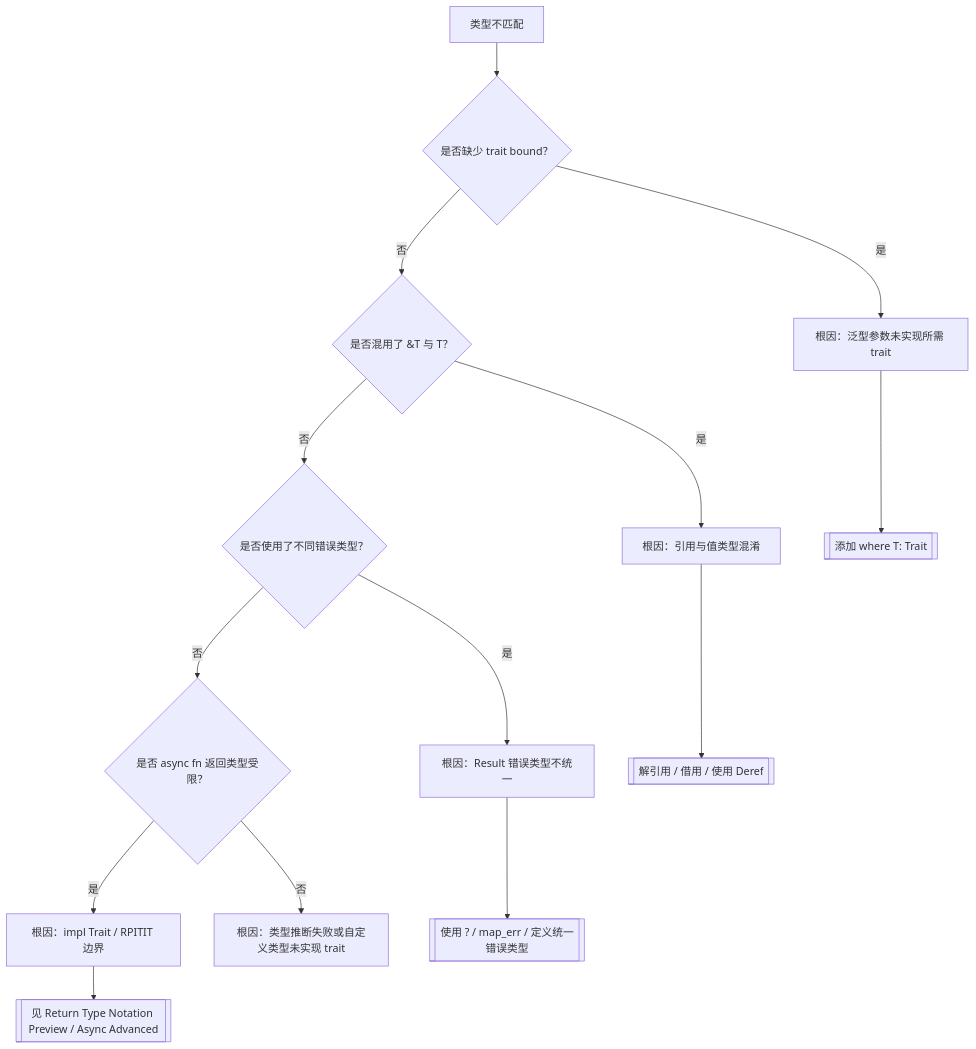
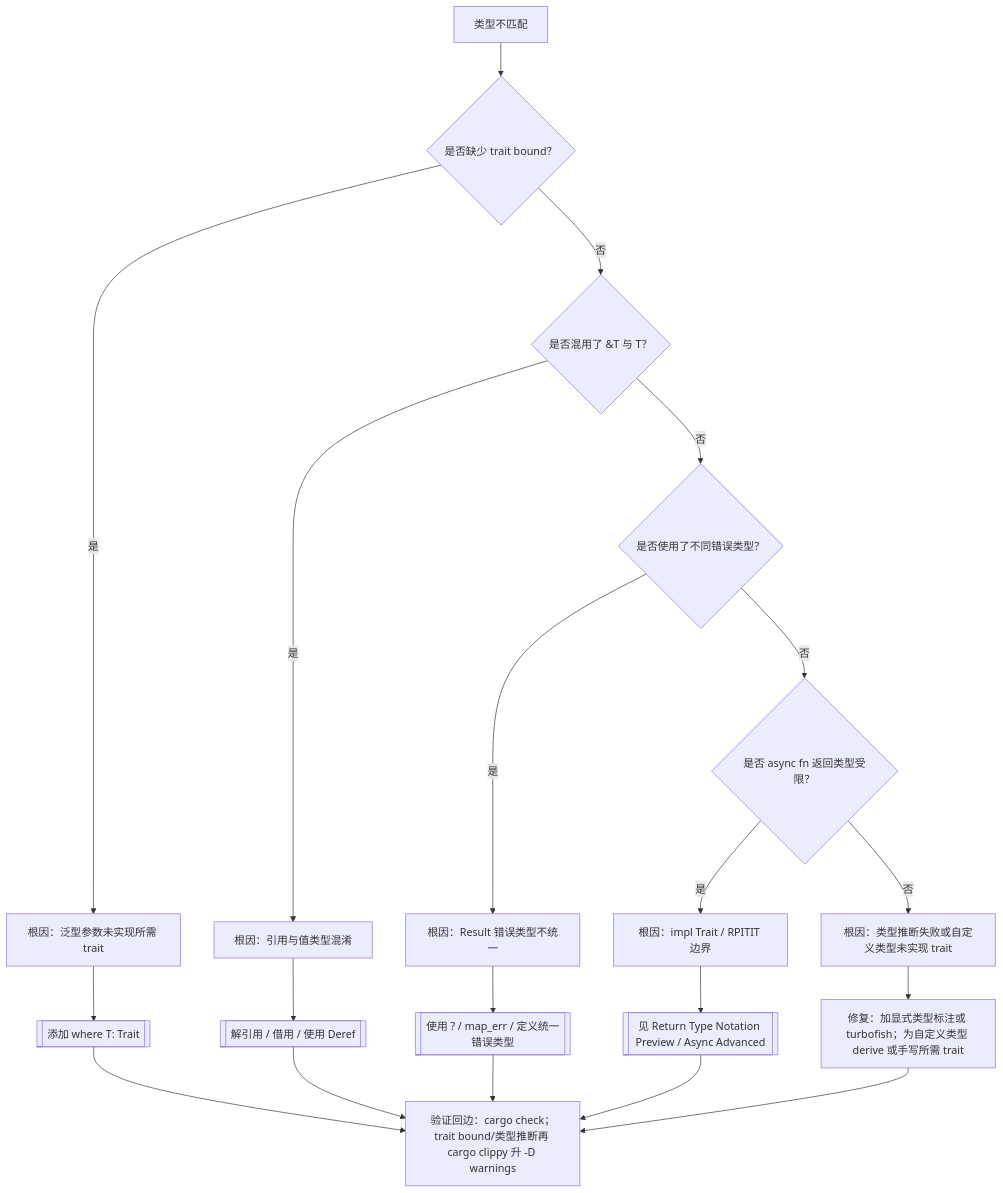
The third of 6 diagrams in concept/00_meta/knowledge_topology/09_reasoning_judgment_tree_atlas.md (martin-ly/rust-lang), drawn with Mermaid before and after one commit. The commit also changed other lines of this file and 100 other files, not shown here.

````diff
--- a/concept/00_meta/knowledge_topology/09_reasoning_judgment_tree_atlas.md
+++ b/concept/00_meta/knowledge_topology/09_reasoning_judgment_tree_atlas.md
@@ -70,16 +80,22 @@
 ```mermaid
 flowchart TD
     T[类型不匹配] --> Q1{是否缺少 trait bound？}
     Q1 -->|是| R1[根因：泛型参数未实现所需 trait]
     Q1 -->|否| Q2{是否混用了 &T 与 T？}
     Q2 -->|是| R2[根因：引用与值类型混淆]
     Q2 -->|否| Q3{是否使用了不同错误类型？}
     Q3 -->|是| R3[根因：Result 错误类型不统一]
     Q3 -->|否| Q4{是否 async fn 返回类型受限？}
     Q4 -->|是| R4[根因：impl Trait / RPITIT 边界]
     Q4 -->|否| R5[根因：类型推断失败或自定义类型未实现 trait]
     R1 --> F1[[添加 where T: Trait]]
     R2 --> F2[[解引用 / 借用 / 使用 Deref]]
     R3 --> F3[[使用 ? / map_err / 定义统一错误类型]]
     R4 --> F4[[见 Return Type Notation Preview / Async Advanced]]
+    R5 --> F5[修复：加显式类型标注或 turbofish；为自定义类型 derive 或手写所需 trait]
+    F1 --> V3[验证回边：cargo check；trait bound/类型推断再 cargo clippy 升 -D warnings]
+    F2 --> V3
+    F3 --> V3
+    F4 --> V3
+    F5 --> V3
 ```
````
